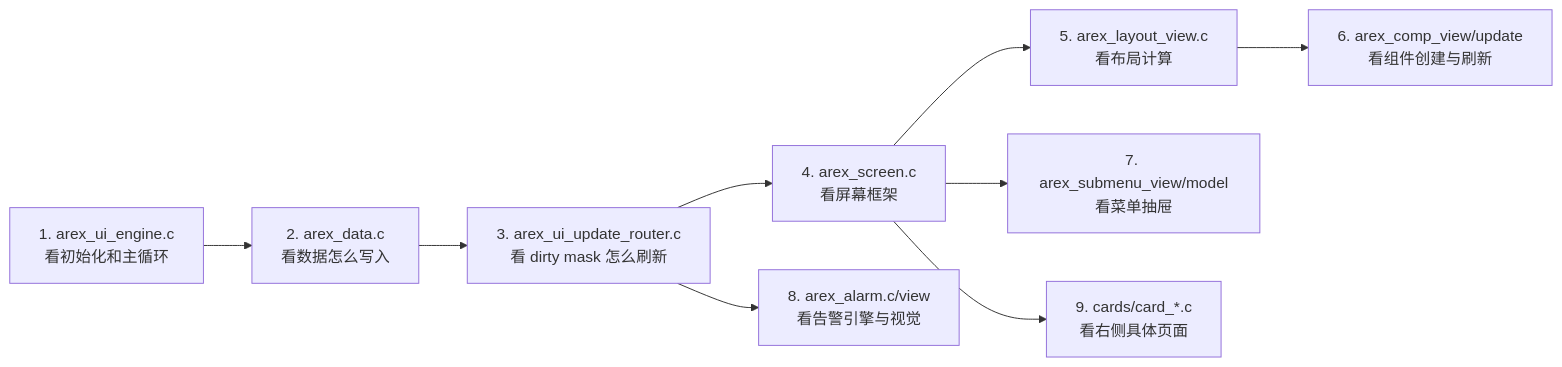
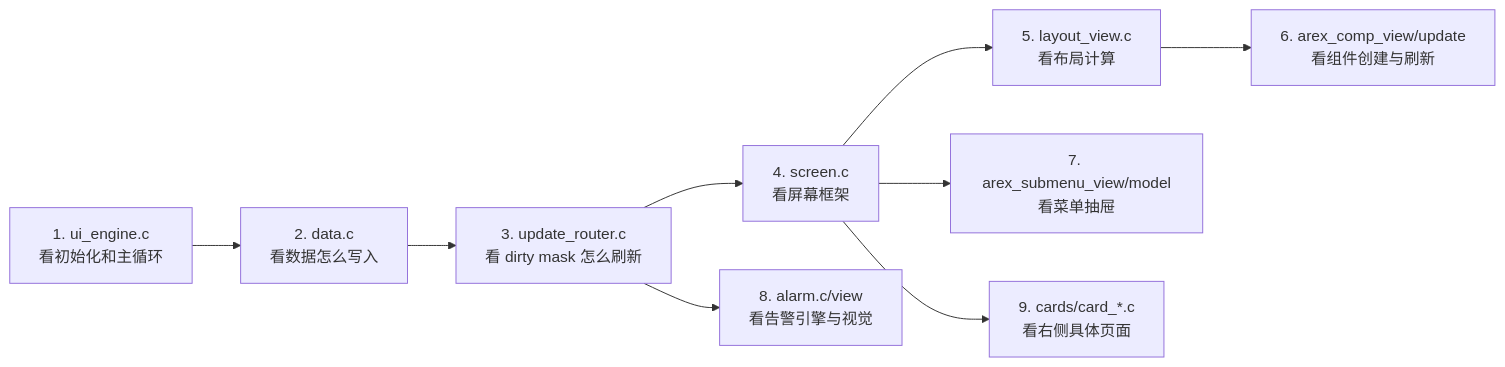
Before and after one commit to arexvision/lv_port_win_codeblocks-release-v8.3_hasGroup: the sixth of 6 diagrams in UI_html_DOC/AREX_UI_MODULE_MAP.md, drawn with Mermaid. The commit also changed other lines of this file and 62 other files, not shown here.

````diff
--- a/UI_html_DOC/AREX_UI_MODULE_MAP.md
+++ b/UI_html_DOC/AREX_UI_MODULE_MAP.md
@@ -215,11 +215,11 @@
 ```mermaid
 flowchart LR
-    A["1. arex_ui_engine.c<br/>看初始化和主循环"] --> B["2. arex_data.c<br/>看数据怎么写入"]
-    B --> C["3. arex_ui_update_router.c<br/>看 dirty mask 怎么刷新"]
-    C --> D["4. arex_screen.c<br/>看屏幕框架"]
-    D --> E["5. arex_layout_view.c<br/>看布局计算"]
+    A["1. ui_engine.c<br/>看初始化和主循环"] --> B["2. data.c<br/>看数据怎么写入"]
+    B --> C["3. update_router.c<br/>看 dirty mask 怎么刷新"]
+    C --> D["4. screen.c<br/>看屏幕框架"]
+    D --> E["5. layout_view.c<br/>看布局计算"]
     E --> F["6. arex_comp_view/update<br/>看组件创建与刷新"]
     D --> G["7. arex_submenu_view/model<br/>看菜单抽屉"]
-    C --> H["8. arex_alarm.c/view<br/>看告警引擎与视觉"]
+    C --> H["8. alarm.c/view<br/>看告警引擎与视觉"]
     D --> I["9. cards/card_*.c<br/>看右侧具体页面"]
 ```
````
